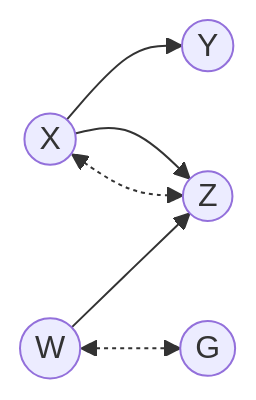
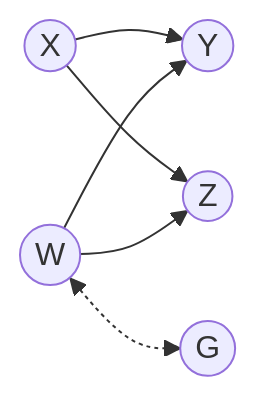
The first of 4 diagrams in README.Rmd (santikka/cfid), drawn with Mermaid before and after one commit. The commit also changed 1 other file, not shown here.

Commit message:
fix first DAG example

````diff
--- a/README.Rmd
+++ b/README.Rmd
@@ -58,8 +58,8 @@
 ```mermaid
 flowchart LR;
   X((X))-->Y((Y));
   X((X))-->Z((Z));
-  X<-.->Z;
   W((W))-->Z;
+  W-->Y;
   W<-.->G((G));
 ```
````
